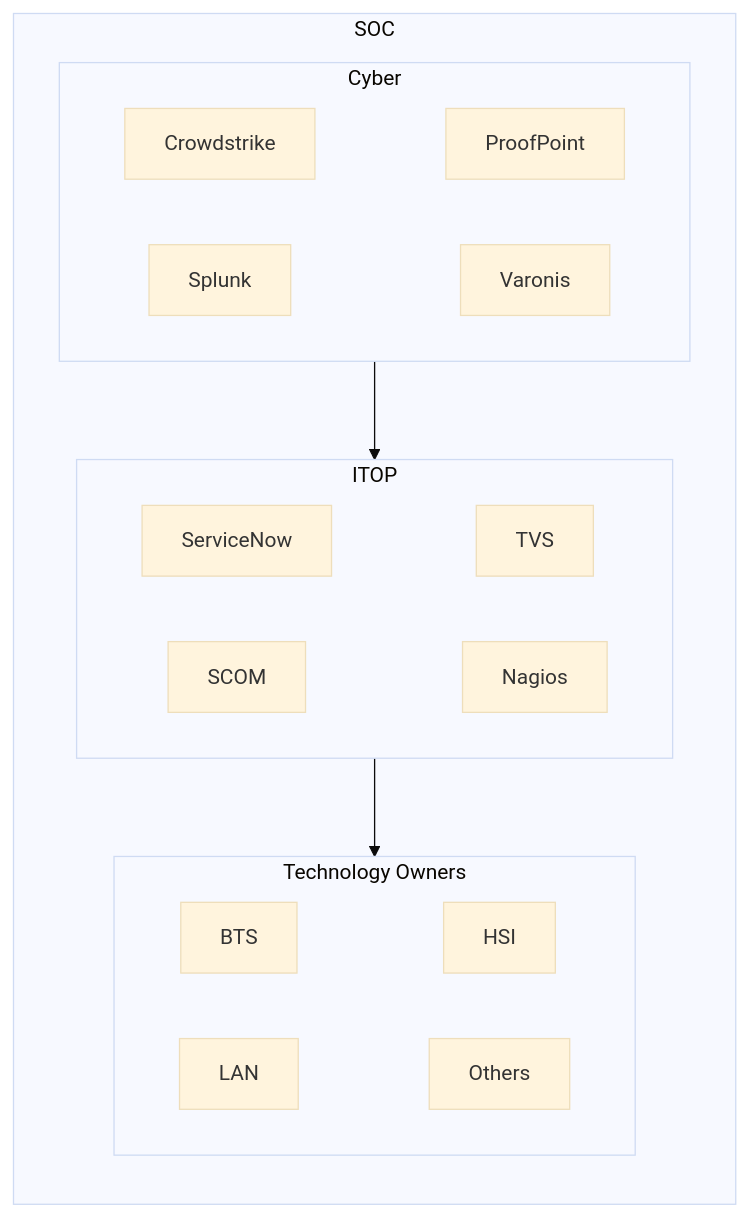
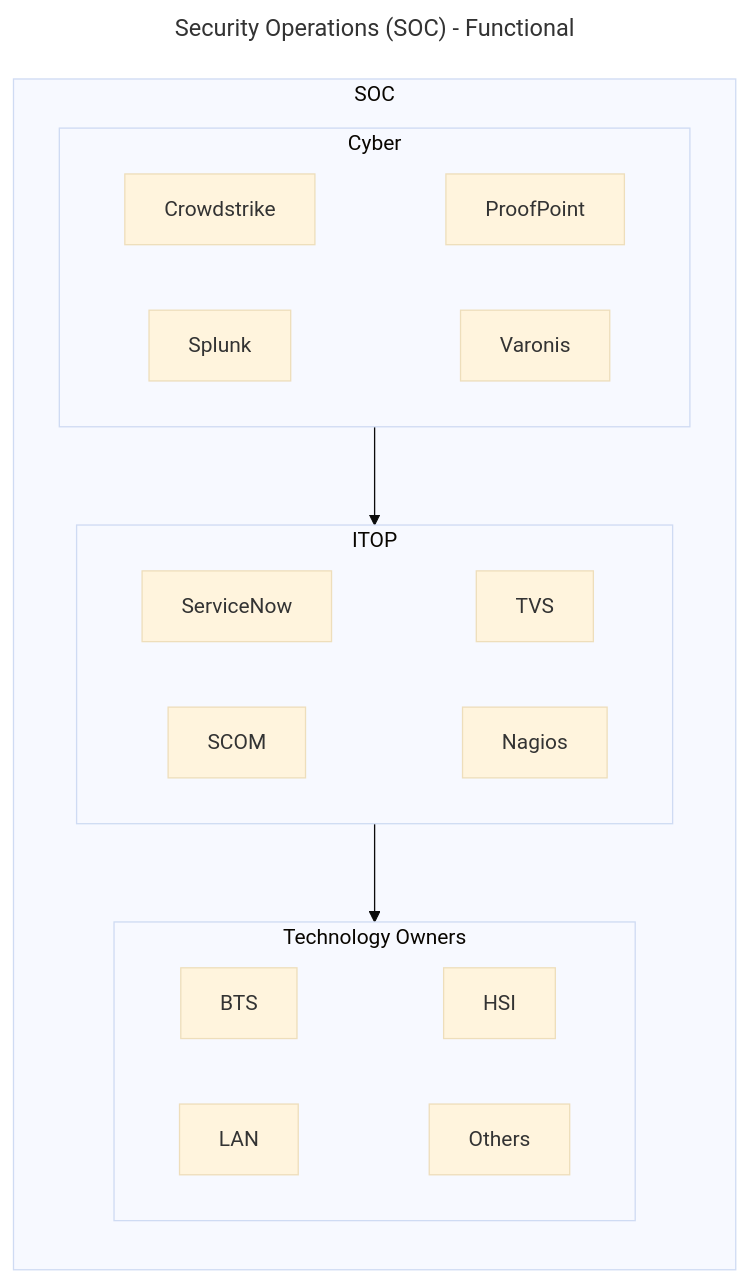
The diagram in SOCTeam.md (stahler/MermaidDiagrams), drawn with Mermaid (base theme) before and after one commit.

Commit message:
Update spelling

````diff
--- a/SOCTeam.md
+++ b/SOCTeam.md
@@ -1,19 +1,22 @@
 ```Mermaid
+---
+title: Security Operations (SOC) - Functional
+---
 graph LR
     subgraph SOC
         subgraph Cyber
             Crowdstrike ~~~ ProofPoint
             Splunk ~~~ Varonis
         end
         subgraph ITOP
             ServiceNow ~~~ TVS
             SCOM ~~~ Nagios
         end
         subgraph TO[Technology Owners]
             BTS ~~~ HSI
             LAN ~~~ Others
         end
         Cyber --> ITOP
         ITOP --> TO
     end
 ```
````
